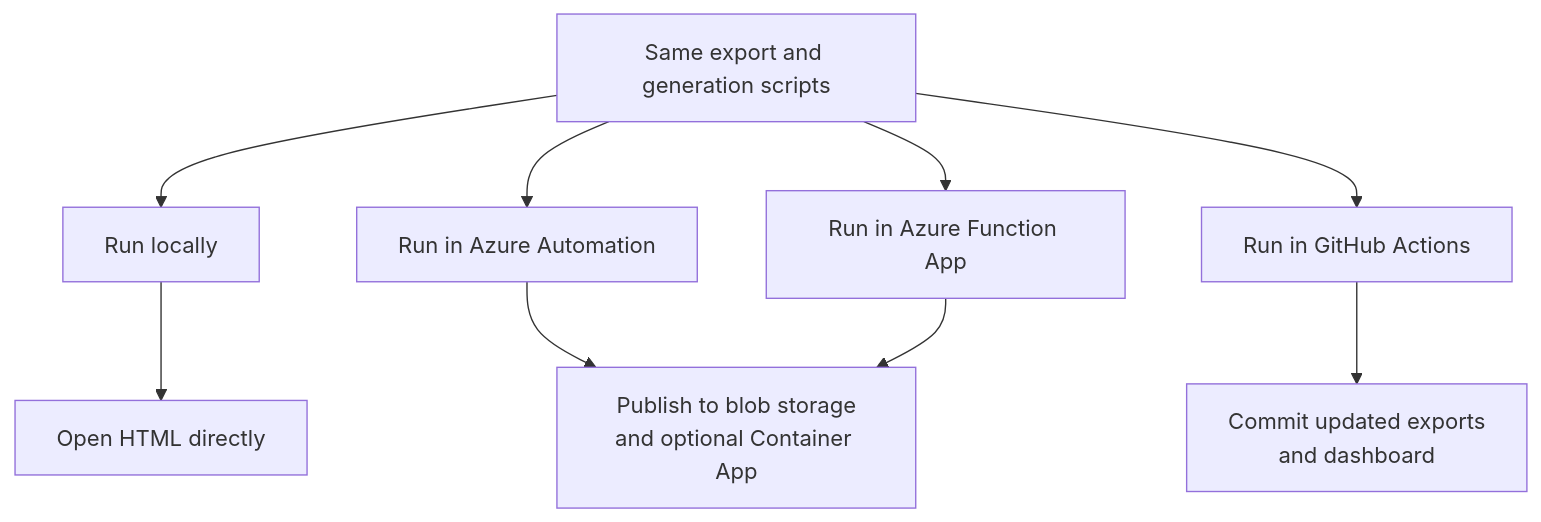
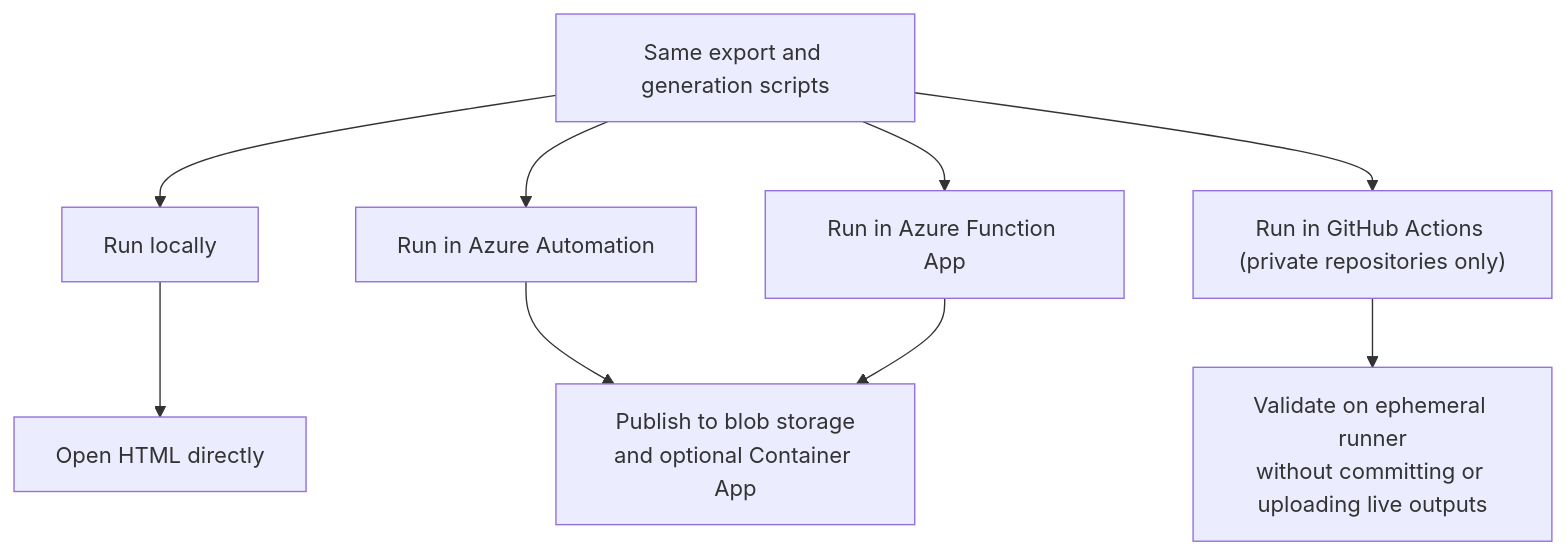
One commit to nathanmcnulty/defender-reporting changed the second of 2 diagrams in README.md. Above: the diagram before and after it, drawn with Mermaid. The commit also changed other lines of this file and 5 other files, not shown here.

````diff
--- a/README.md
+++ b/README.md
@@ -194,11 +194,11 @@
 ```mermaid
 flowchart TD
     A["Same export and generation scripts"] --> B["Run locally"]
     A --> C["Run in Azure Automation"]
-    A --> D["Run in GitHub Actions"]
+    A --> D["Run in GitHub Actions (private repositories only)"]
     A --> H["Run in Azure Function App"]
     B --> E["Open HTML directly"]
     C --> F["Publish to blob storage\nand optional Container App"]
-    D --> G["Commit updated exports\nand dashboard"]
+    D --> G["Validate on ephemeral runner\nwithout committing or uploading live outputs"]
     H --> F
 ```
````
